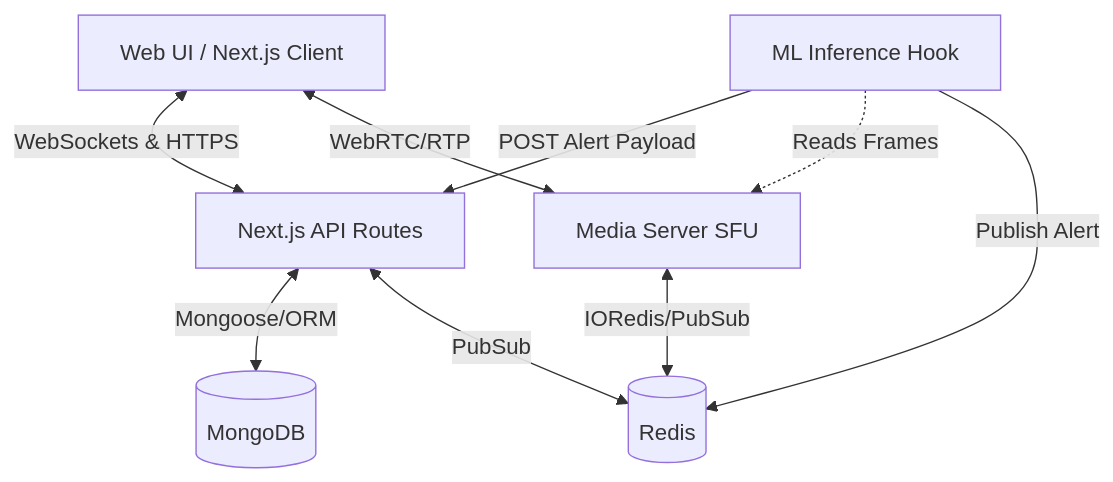
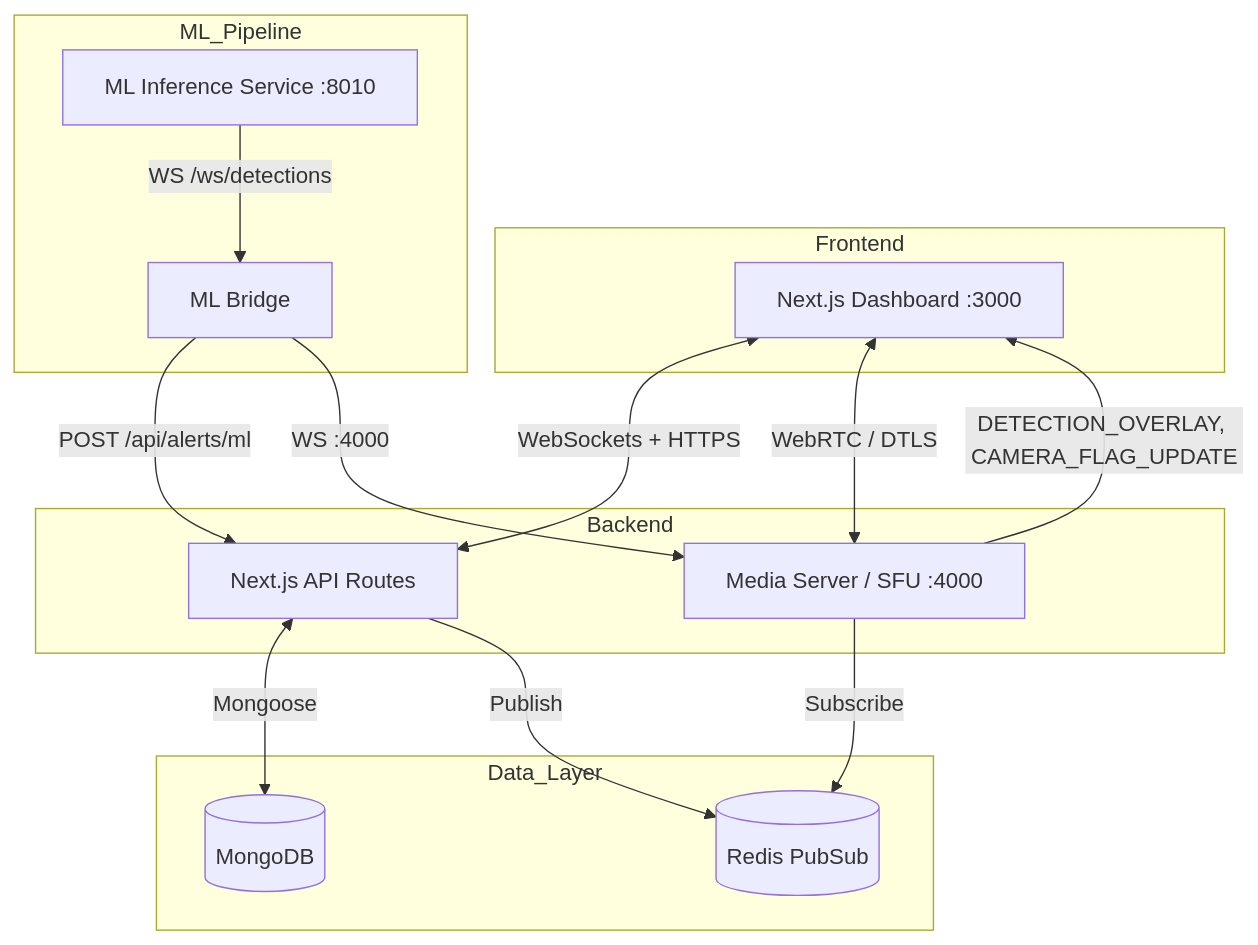
One commit to DevanshBehl/solvathon changed the first of 5 diagrams in README.md. Above: the diagram before and after it, drawn with Mermaid. The commit also changed other lines of this file and 6 other files, not shown here.

````diff
--- a/README.md
+++ b/README.md
@@ -12,13 +31,33 @@
 ```mermaid
 graph TD
-    Client[Web UI / Next.js Client] <-->|WebSockets & HTTPS| API[Next.js API Routes]
-    Client <-->|WebRTC/RTP| MediaServer[Media Server SFU]
-    
-    API <-->|Mongoose/ORM| DB[(MongoDB)]
-    MediaServer <-->|IORedis/PubSub| Redis[(Redis)]
-    API <-->|PubSub| Redis
-    
-    ExternalML[ML Inference Hook] -->|POST Alert Payload| API
-    ExternalML -.->|Reads Frames| MediaServer
-    ExternalML -->|Publish Alert| Redis
+    subgraph Frontend
+        UI[Next.js Dashboard :3000]
+    end
+
+    subgraph Backend
+        API[Next.js API Routes]
+        SFU[Media Server / SFU :4000]
+    end
+
+    subgraph ML_Pipeline
+        INF[ML Inference Service :8010]
+        BRG[ML Bridge]
+    end
+
+    subgraph Data_Layer
+        Mongo[(MongoDB)]
+        Redis[(Redis PubSub)]
+    end
+
+    UI <-->|WebSockets + HTTPS| API
+    UI <-->|WebRTC / DTLS| SFU
+
+    API <-->|Mongoose| Mongo
+    SFU -->|Subscribe| Redis
+    API -->|Publish| Redis
+
+    INF -->|WS /ws/detections| BRG
+    BRG -->|POST /api/alerts/ml| API
+    BRG -->|WS :4000| SFU
+    SFU -->|DETECTION_OVERLAY, CAMERA_FLAG_UPDATE| UI
 ```
````
